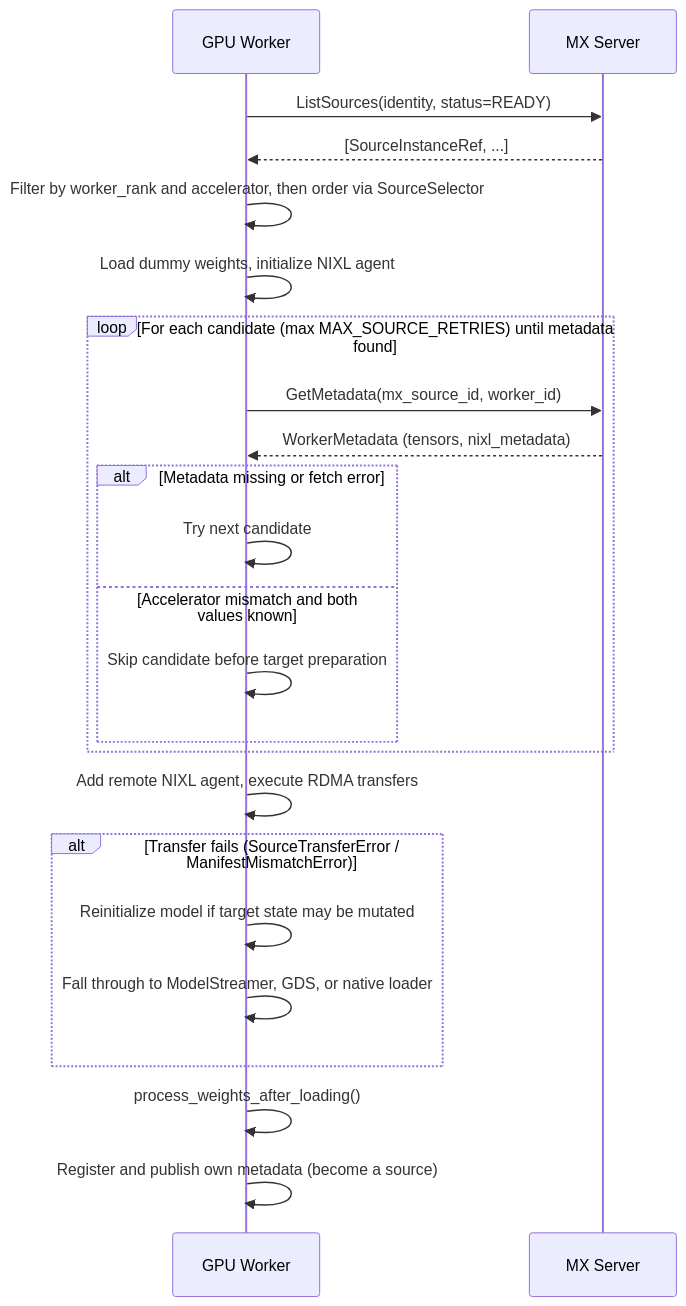
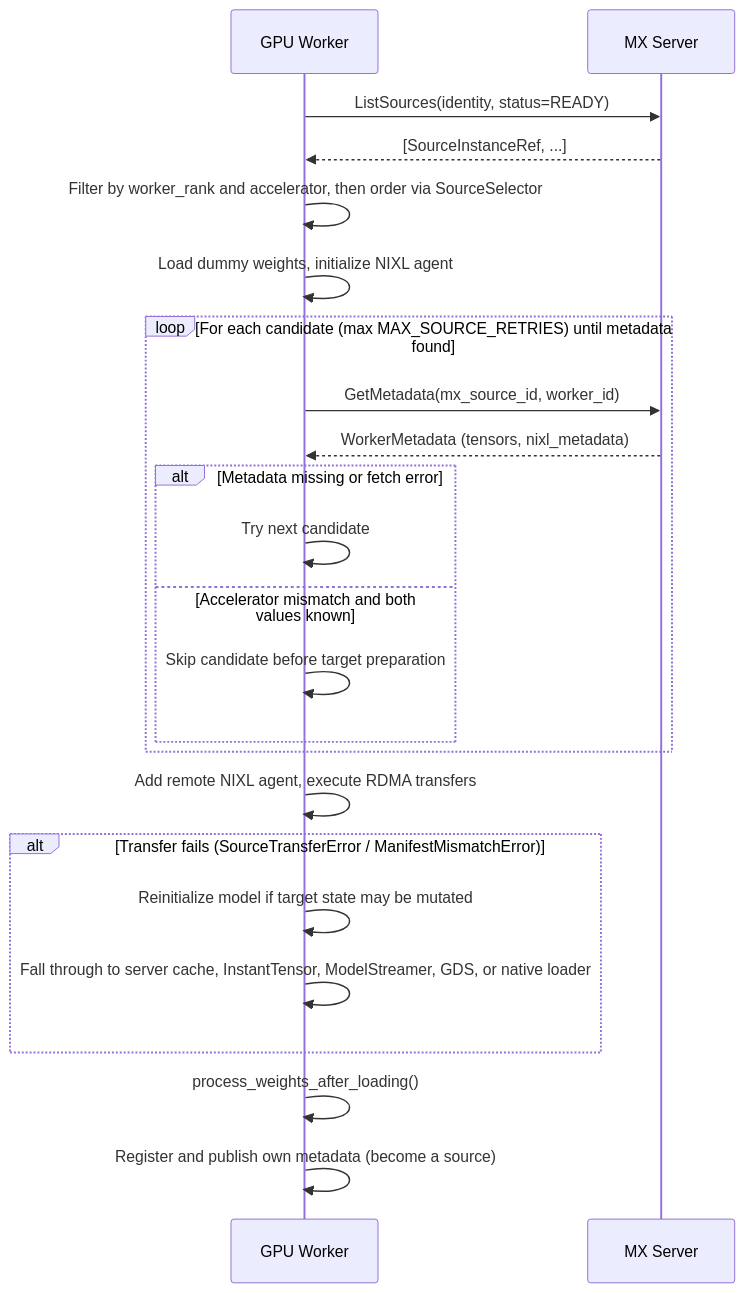
One commit to ai-dynamo/modelexpress changed the third of 3 diagrams in docs/metadata.md. Above: the diagram before and after it, drawn with Mermaid. The commit also changed other lines of this file and 32 other files, not shown here.

````diff
--- a/docs/metadata.md
+++ b/docs/metadata.md
@@ -488,26 +488,26 @@
 ```mermaid
 sequenceDiagram
     participant W as GPU Worker
     participant MX as MX Server
 
     W->>MX: ListSources(identity, status=READY)
     MX-->>W: [SourceInstanceRef, ...]
     W->>W: Filter by worker_rank and accelerator, then order via SourceSelector
     W->>W: Load dummy weights, initialize NIXL agent
     loop For each candidate (max MAX_SOURCE_RETRIES) until metadata found
         W->>MX: GetMetadata(mx_source_id, worker_id)
         MX-->>W: WorkerMetadata (tensors, nixl_metadata)
         alt Metadata missing or fetch error
             W->>W: Try next candidate
         else Accelerator mismatch and both values known
           W->>W: Skip candidate before target preparation
         end
     end
     W->>W: Add remote NIXL agent, execute RDMA transfers
     alt Transfer fails (SourceTransferError / ManifestMismatchError)
         W->>W: Reinitialize model if target state may be mutated
-        W->>W: Fall through to ModelStreamer, GDS, or native loader
+        W->>W: Fall through to server cache, InstantTensor, ModelStreamer, GDS, or native loader
     end
     W->>W: process_weights_after_loading()
     W->>W: Register and publish own metadata (become a source)
 ```
````
